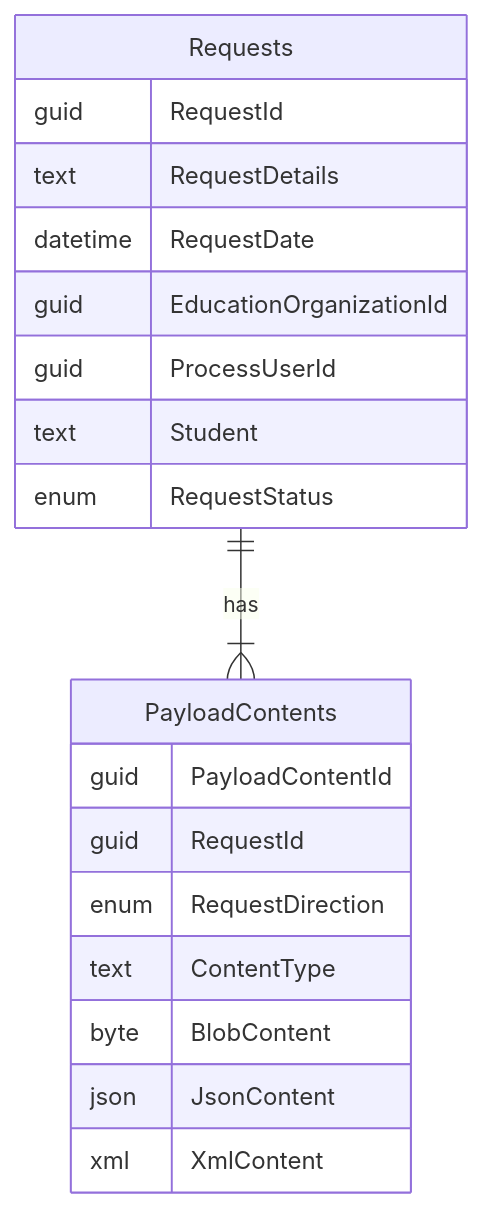
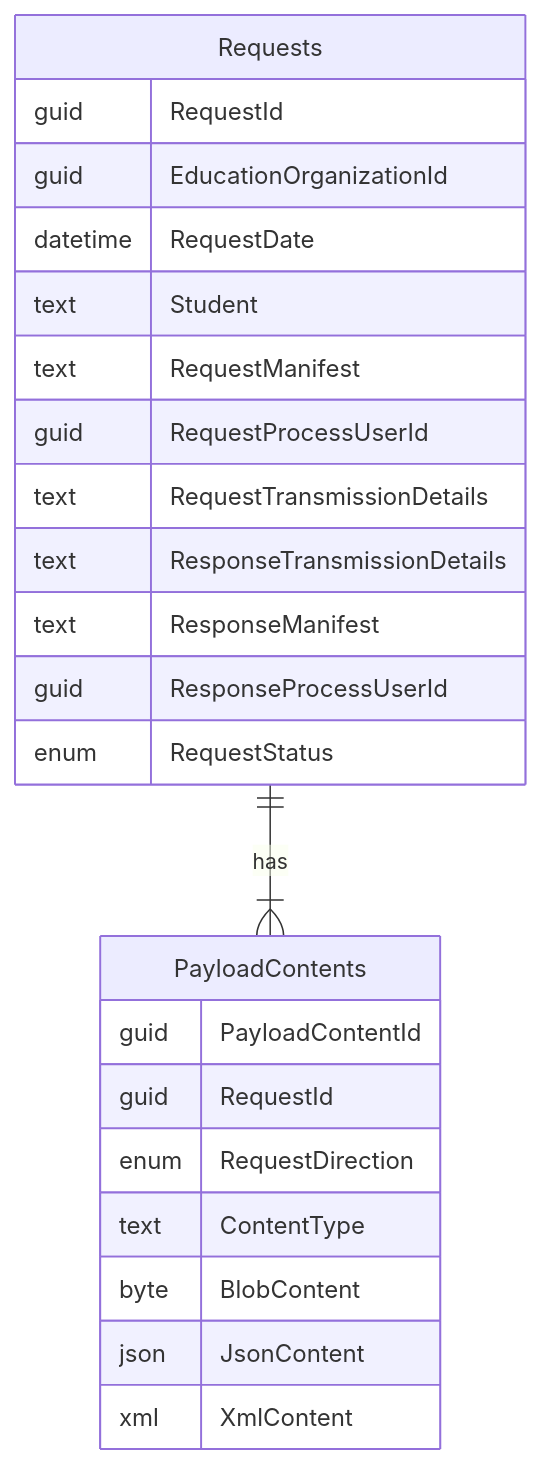
Before and after one commit to oregonnexus/broker-docs: the diagram in incoming_requests.md, drawn with Mermaid. The commit also changed other lines of this file, not shown here.

Commit message:
Update request model.

````diff
--- a/incoming_requests.md
+++ b/incoming_requests.md
@@ -6,22 +6,26 @@
 ```mermaid
 erDiagram
     Requests ||--|{ PayloadContents : has
     Requests {
         guid RequestId
-        text RequestDetails
+        guid EducationOrganizationId
         datetime RequestDate
-        guid EducationOrganizationId
-        guid ProcessUserId
         text Student
+        text RequestManifest
+        guid RequestProcessUserId
+        text RequestTransmissionDetails
+        text ResponseTransmissionDetails
+        text ResponseManifest
+        guid ResponseProcessUserId
         enum RequestStatus
     }
     PayloadContents {
         guid PayloadContentId
         guid RequestId
         enum RequestDirection
         text ContentType
         byte BlobContent
         json JsonContent
         xml XmlContent
     }
 ```
````
